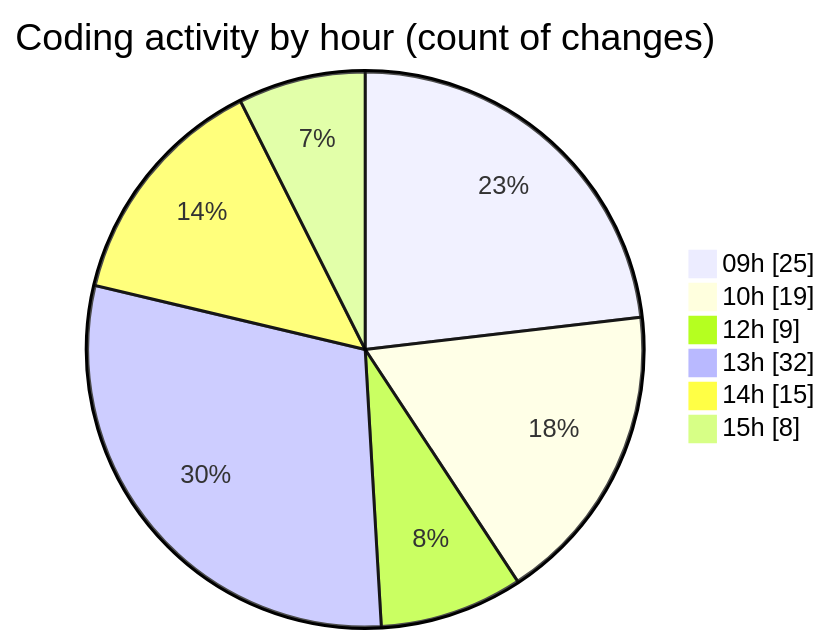
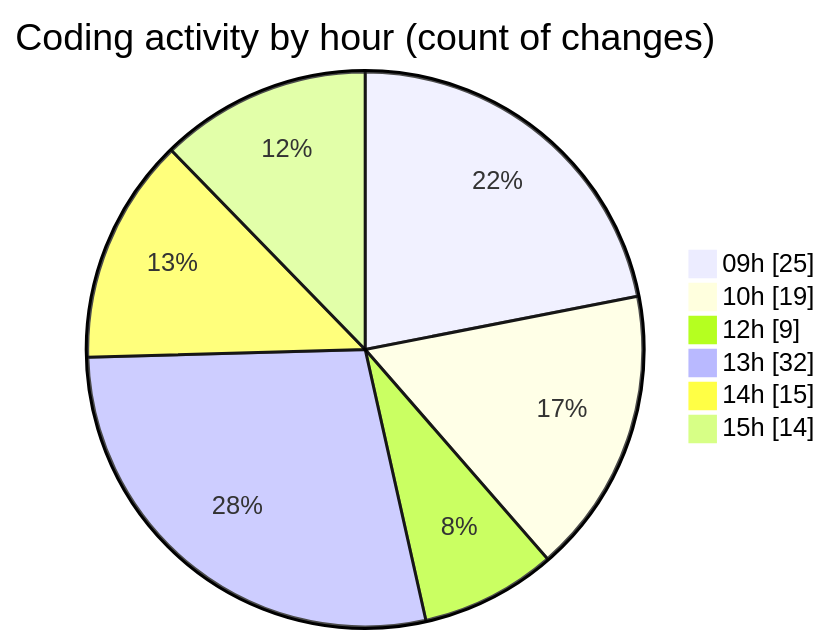
The second of 2 diagrams in 2025-08-19/cda/README.md (momahboobian/code-tracking), drawn with Mermaid before and after one commit. The commit also changed other lines of this file and 1 other file, not shown here.

````diff
--- a/2025-08-19/cda/README.md
+++ b/2025-08-19/cda/README.md
@@ -57,10 +57,10 @@
 ```mermaid
 pie showData
 title Coding activity by hour (count of changes)
 "09h" : 25
 "10h" : 19
 "12h" : 9
 "13h" : 32
 "14h" : 15
-"15h" : 8
+"15h" : 14
 ```
````
